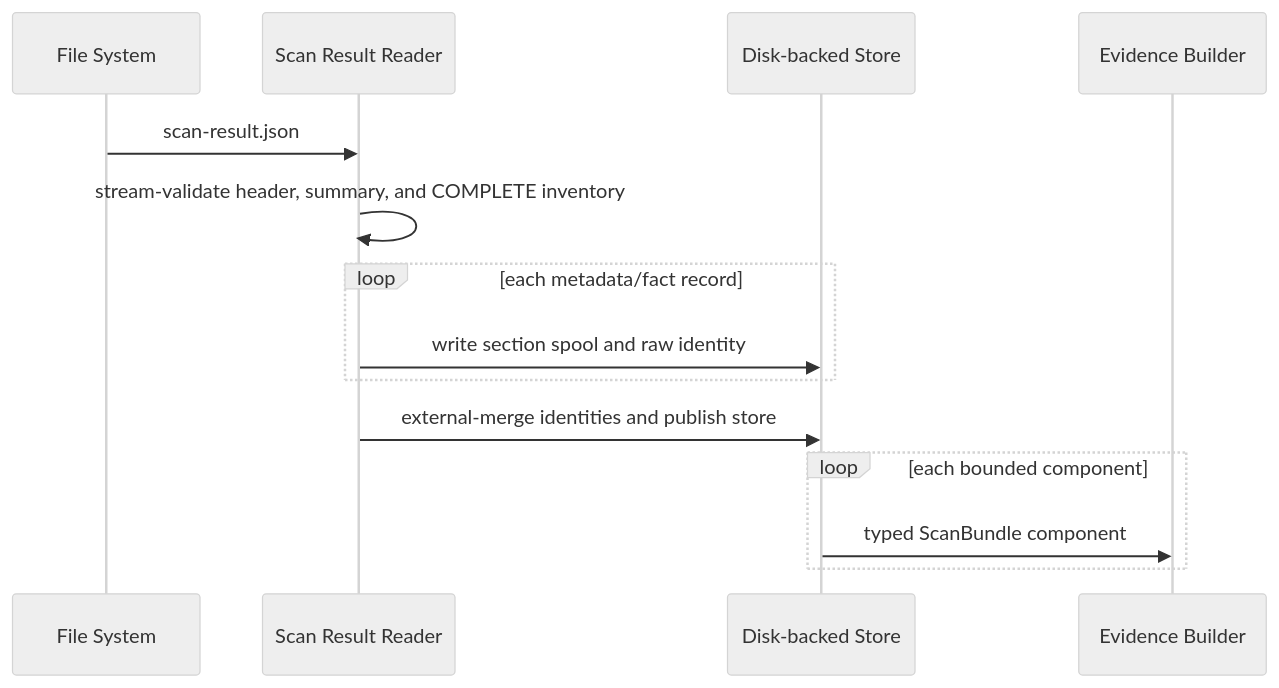
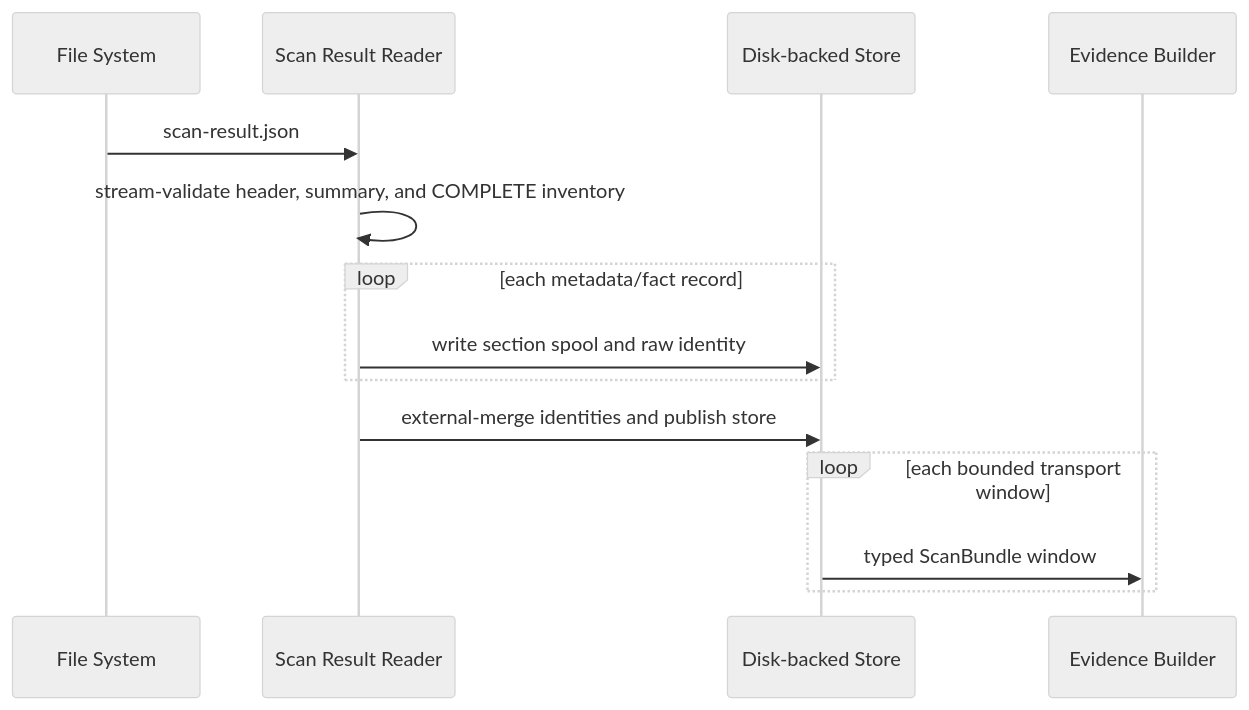
One commit to xiaoguang/relation-detector changed the fourth of 4 diagrams in docs/design/semantic-layer/01-scan-result-reader.md. Above: the diagram before and after it, drawn with Mermaid (neutral theme). The commit also changed other lines of this file and 39 other files, not shown here.

````diff
--- a/docs/design/semantic-layer/01-scan-result-reader.md
+++ b/docs/design/semantic-layer/01-scan-result-reader.md
@@ -266,17 +267,17 @@
 ```mermaid
 sequenceDiagram
     participant FS as File System
     participant SR as Scan Result Reader
     participant DS as Disk-backed Store
     participant EB as Evidence Builder
 
     FS->>SR: scan-result.json
     SR->>SR: stream-validate header, summary, and COMPLETE inventory
     loop each metadata/fact record
         SR->>DS: write section spool and raw identity
     end
     SR->>DS: external-merge identities and publish store
-    loop each bounded component
-        DS->>EB: typed ScanBundle component
+    loop each bounded transport window
+        DS->>EB: typed ScanBundle window
     end
 ```
````
